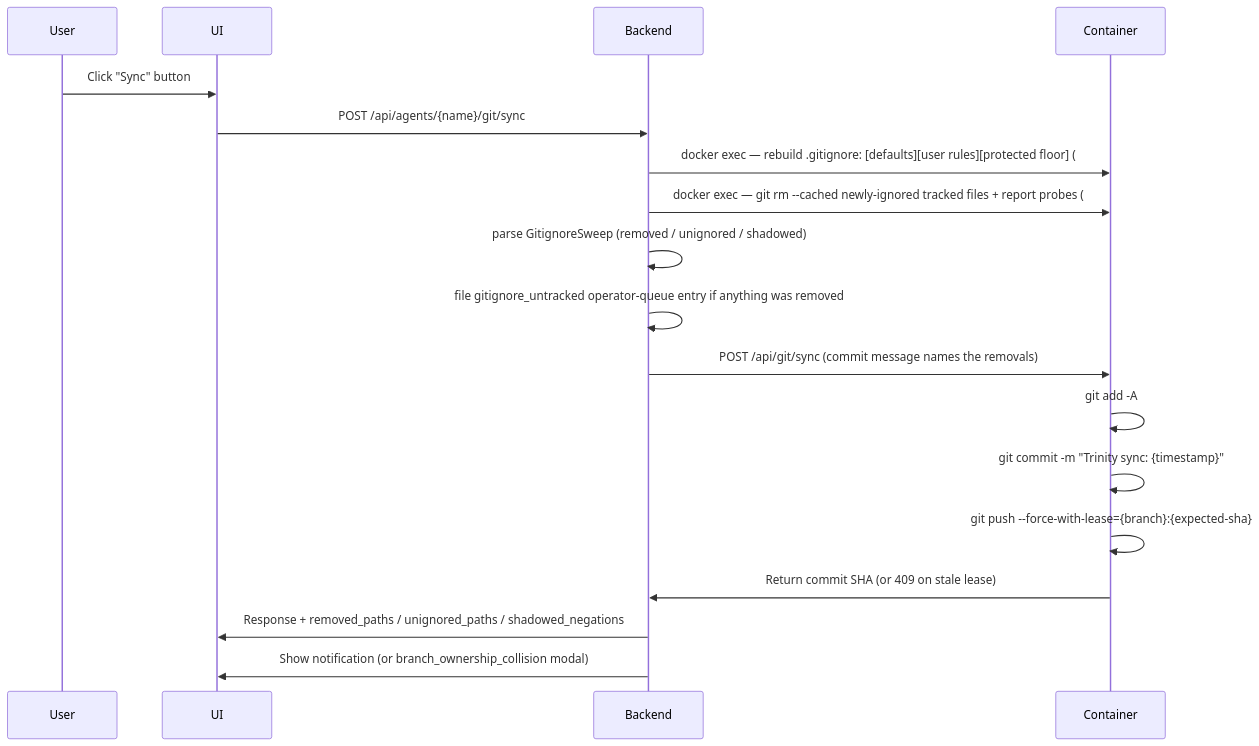
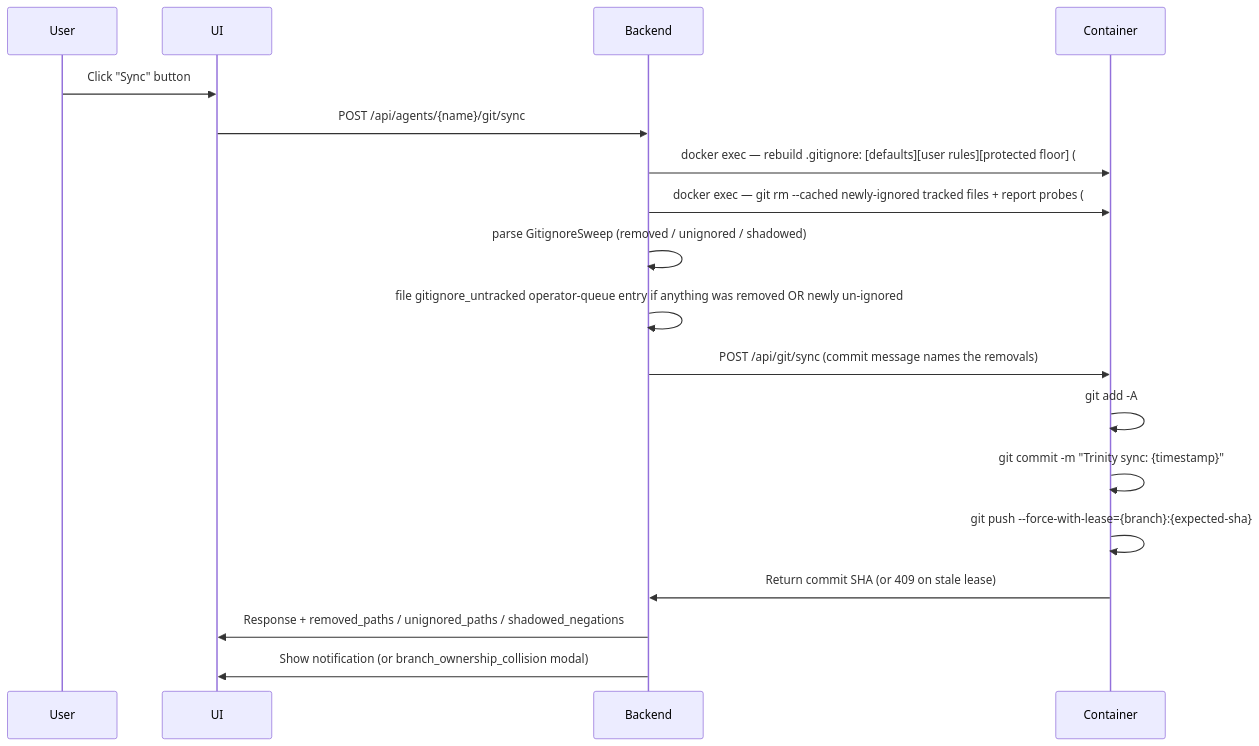
One commit to Abilityai/trinity changed the second of 3 diagrams in docs/memory/feature-flows/github-sync.md. Above: the diagram before and after it, drawn with Mermaid. The commit also changed other lines of this file and 8 other files, not shown here.

````diff
--- a/docs/memory/feature-flows/github-sync.md
+++ b/docs/memory/feature-flows/github-sync.md
@@ -250,21 +250,21 @@
 ```mermaid
 sequenceDiagram
     participant User
     participant UI
     participant Backend
     participant Container
 
     User->>UI: Click "Sync" button
     UI->>Backend: POST /api/agents/{name}/git/sync
     Backend->>Container: docker exec — rebuild .gitignore: [defaults][user rules][protected floor] (#462, #2529)
     Backend->>Container: docker exec — git rm --cached newly-ignored tracked files + report probes (#2529)
     Backend->>Backend: parse GitignoreSweep (removed / unignored / shadowed)
-    Backend->>Backend: file gitignore_untracked operator-queue entry if anything was removed
+    Backend->>Backend: file gitignore_untracked operator-queue entry if anything was removed OR newly un-ignored
     Backend->>Container: POST /api/git/sync (commit message names the removals)
     Container->>Container: git add -A
     Container->>Container: git commit -m "Trinity sync: {timestamp}"
     Container->>Container: git push --force-with-lease={branch}:{expected-sha}
     Container->>Backend: Return commit SHA (or 409 on stale lease)
     Backend->>UI: Response + removed_paths / unignored_paths / shadowed_negations
     Backend->>UI: Show notification (or branch_ownership_collision modal)
 ```
````
